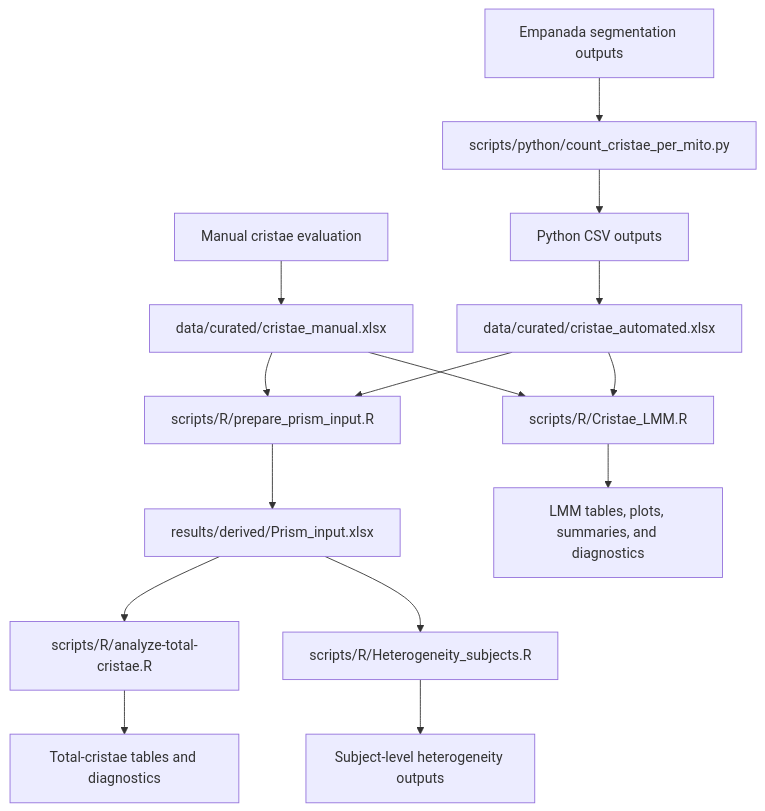
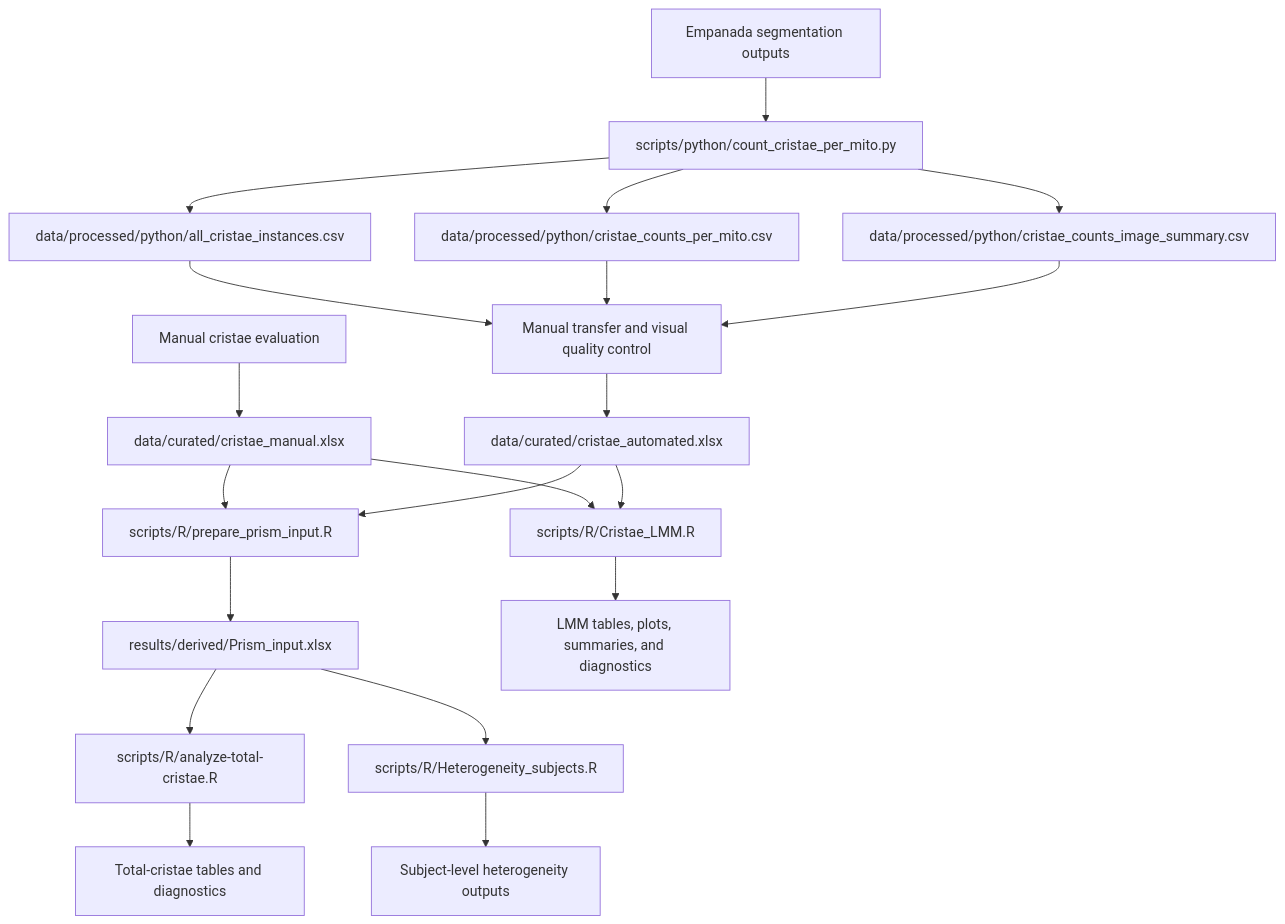
One commit to nikolvolfova-web/Mitochondrial-Ultrastructure-Analysis changed the diagram in README.md. Above: the diagram before and after it, drawn with Mermaid. The commit also changed other lines of this file and 16 other files, not shown here.

````diff
--- a/README.md
+++ b/README.md
@@ -35,22 +50,28 @@
 ```mermaid
 flowchart TD
     M1["Manual cristae evaluation"] --> M2["data/curated/cristae_manual.xlsx"]
 
     E1["Empanada segmentation outputs"] --> P["scripts/python/count_cristae_per_mito.py"]
-    P --> C["Python CSV outputs"]
-    C --> A["data/curated/cristae_automated.xlsx"]
+    P --> C1["data/processed/python/all_cristae_instances.csv"]
+    P --> C2["data/processed/python/cristae_counts_per_mito.csv"]
+    P --> C3["data/processed/python/cristae_counts_image_summary.csv"]
+
+    C1 --> Q["Manual transfer and visual quality control"]
+    C2 --> Q
+    C3 --> Q
+    Q --> A["data/curated/cristae_automated.xlsx"]
 
     M2 --> PI["scripts/R/prepare_prism_input.R"]
     A --> PI
     PI --> PT["results/derived/Prism_input.xlsx"]
 
     PT --> T["scripts/R/analyze-total-cristae.R"]
     PT --> H["scripts/R/Heterogeneity_subjects.R"]
 
     M2 --> LMM["scripts/R/Cristae_LMM.R"]
     A --> LMM
 
     T --> O1["Total-cristae tables and diagnostics"]
     H --> O2["Subject-level heterogeneity outputs"]
     LMM --> O3["LMM tables, plots, summaries, and diagnostics"]
 ```
````
